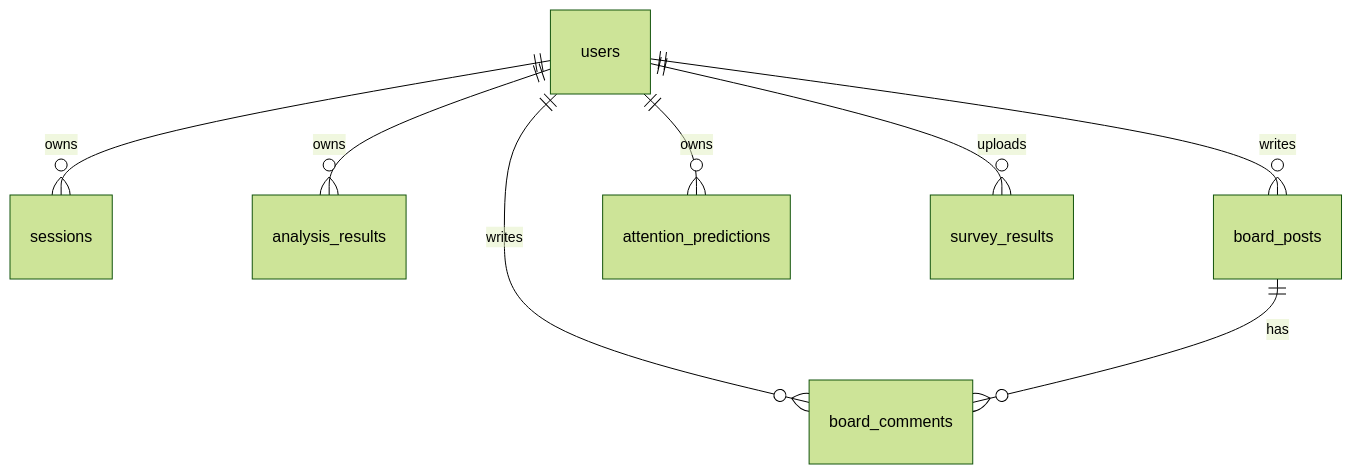
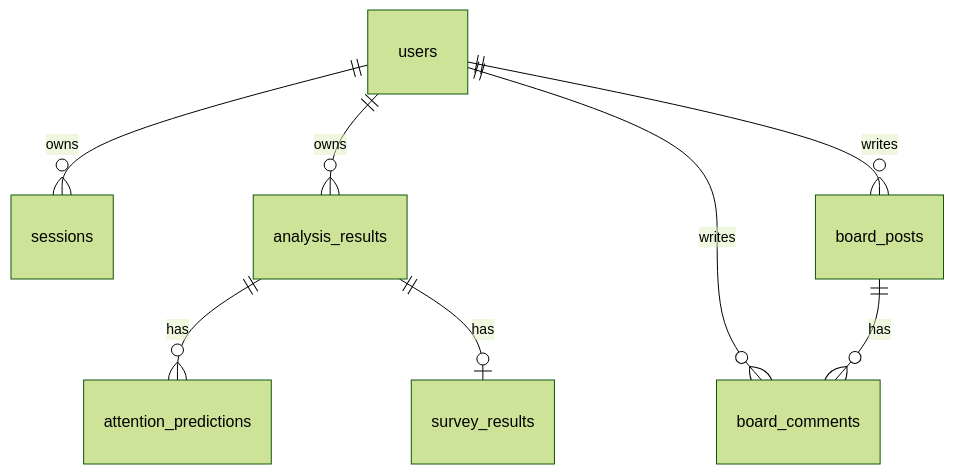
The third of 3 diagrams in DSD.md (aikian/presentation), drawn with Mermaid (forest theme) before and after one commit. The commit also changed other lines of this file and 2 other files, not shown here.

Commit message:
문서: DRD/DSD를 코드와 맞춤 (역할표, API 경로, ERD, Python 버전)

````diff
--- a/DSD.md
+++ b/DSD.md
@@ -767,10 +768,10 @@
 ```mermaid
 erDiagram
     users ||--o{ sessions : owns
     users ||--o{ analysis_results : owns
     users ||--o{ board_posts : writes
     users ||--o{ board_comments : writes
     board_posts ||--o{ board_comments : has
-    users ||--o{ attention_predictions : owns
-    users ||--o{ survey_results : uploads
+    analysis_results ||--o{ attention_predictions : has
+    analysis_results ||--o| survey_results : has
 ```
````
